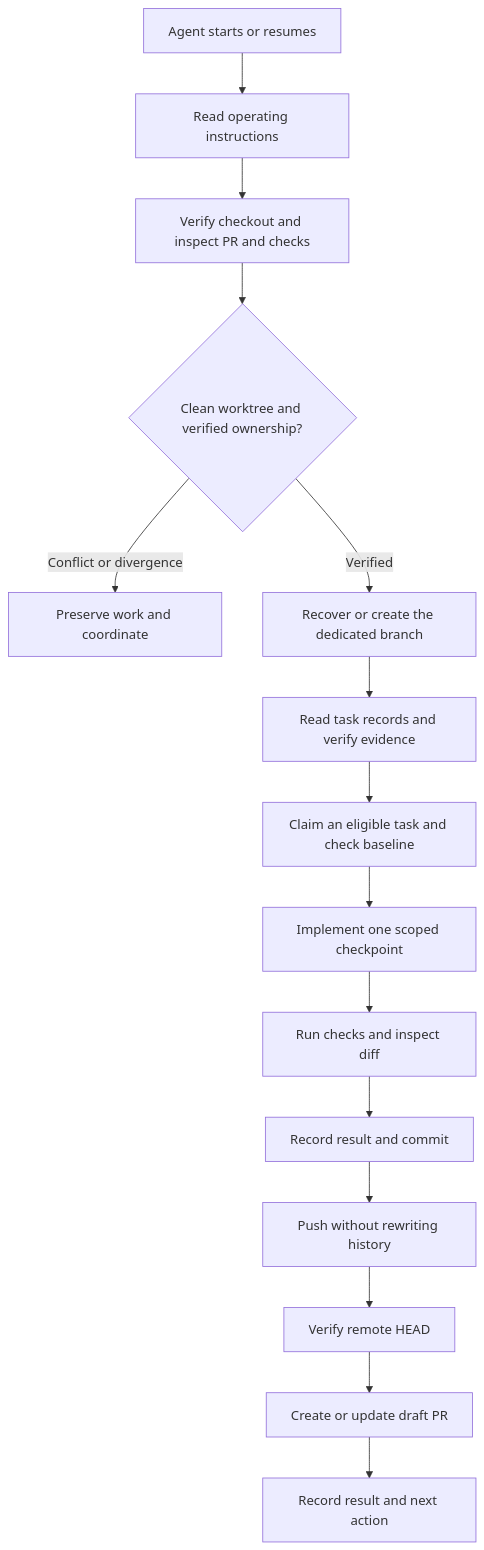
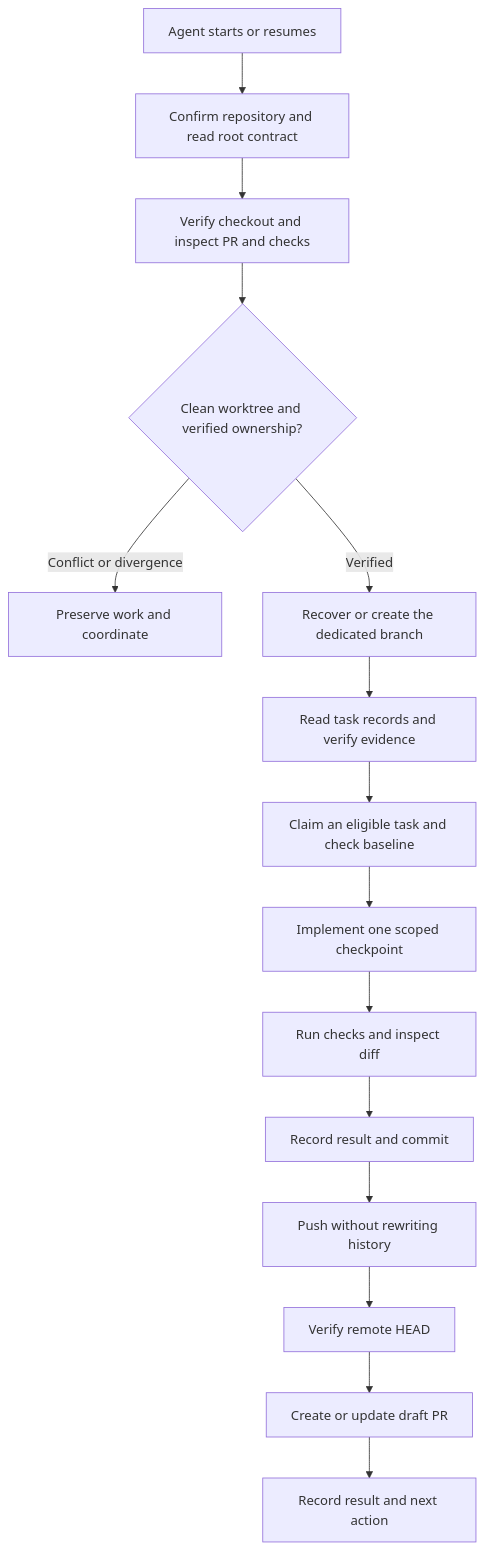
The diagram in docs/engineering/AGENT_GITHUB_WORKFLOW.md (afaq-ahmad/pakistan-flood-monitor), drawn with Mermaid before and after one commit. The commit also changed 14 other files, not shown here.

````diff
--- a/docs/engineering/AGENT_GITHUB_WORKFLOW.md
+++ b/docs/engineering/AGENT_GITHUB_WORKFLOW.md
@@ -9,17 +9,17 @@
 ```mermaid
 flowchart TD
-    Start["Agent starts or resumes"] --> Contract["Read operating instructions"]
+    Start["Agent starts or resumes"] --> Contract["Confirm repository and read root contract"]
     Contract --> Remote["Verify checkout and inspect PR and checks"]
     Remote --> Recovery{"Clean worktree and verified ownership?"}
     Recovery -->|Conflict or divergence| Resolve["Preserve work and coordinate"]
     Recovery -->|Verified| Branch["Recover or create the dedicated branch"]
     Branch --> Evidence["Read task records and verify evidence"]
     Evidence --> Task["Claim an eligible task and check baseline"]
     Task --> Change["Implement one scoped checkpoint"]
     Change --> Test["Run checks and inspect diff"]
     Test --> Commit["Record result and commit"]
     Commit --> Push["Push without rewriting history"]
     Push --> Verify["Verify remote HEAD"]
     Verify --> PR["Create or update draft PR"]
     PR --> Handoff["Record result and next action"]
 ```
````
